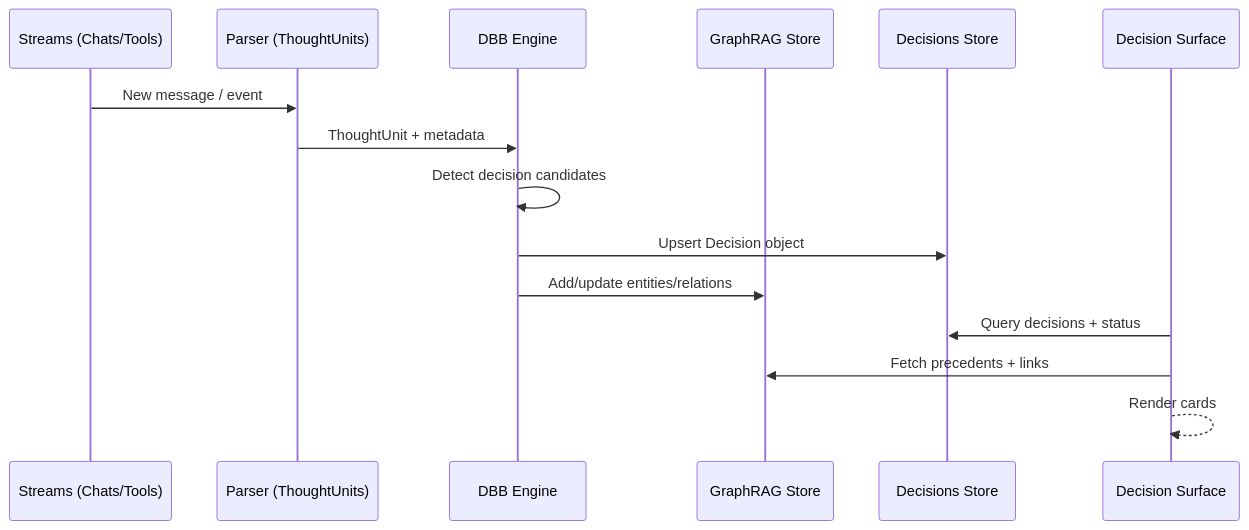
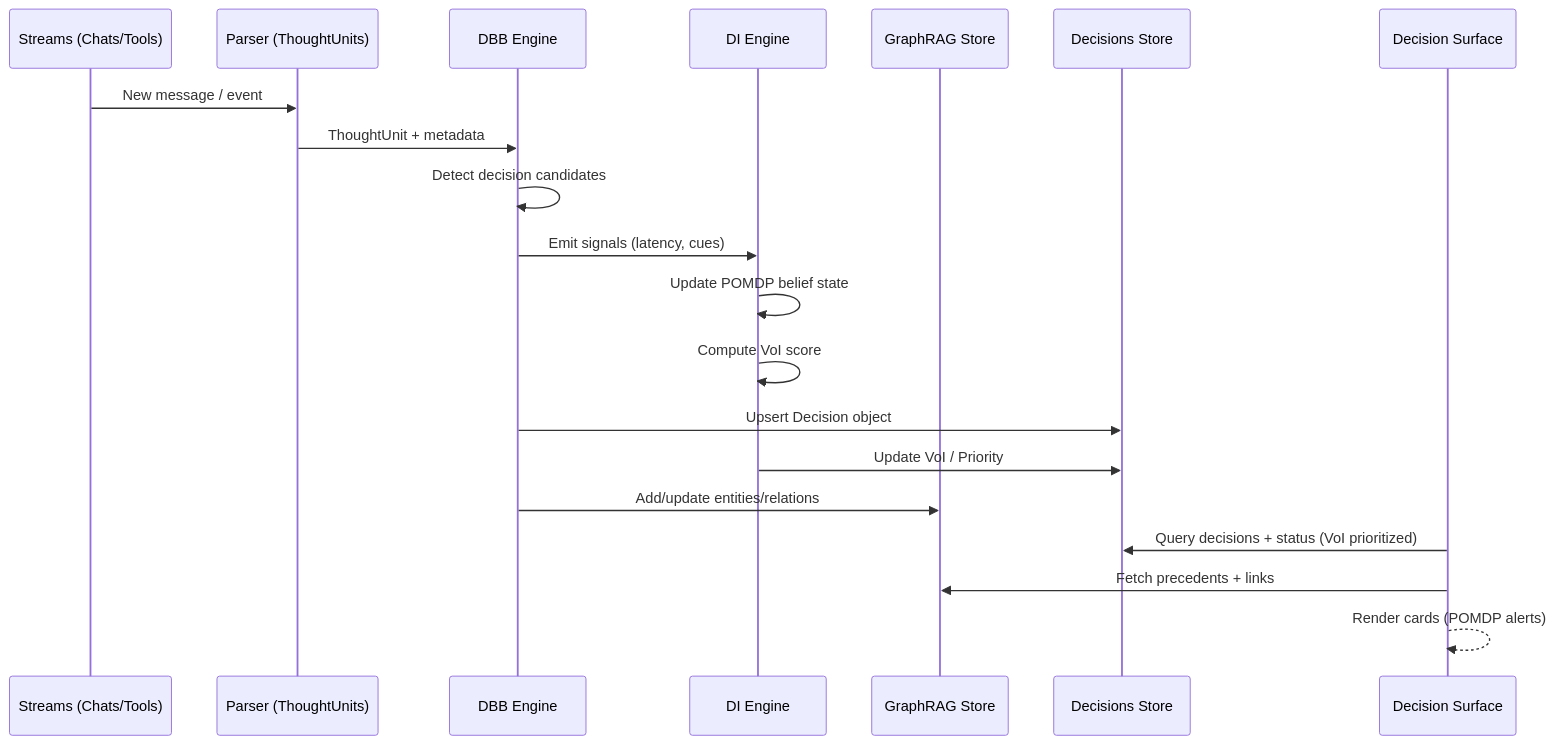
Before and after one commit to actiquest-dev/documentation: the fourth of 6 diagrams in membria-ce/diagrams.mdx, drawn with Mermaid. The commit also changed other lines of this file and 25 other files, not shown here.

Commit message:
Add Claude Code integration, Superagent architecture, and updated Vibe Coding overview

````diff
--- a/membria-ce/diagrams.mdx
+++ b/membria-ce/diagrams.mdx
@@ -80,18 +82,23 @@
 ```mermaid
 sequenceDiagram
   participant S as Streams (Chats/Tools)
   participant P as Parser (ThoughtUnits)
   participant B as DBB Engine
+  participant DI as DI Engine
   participant G as GraphRAG Store
   participant D as Decisions Store
   participant DS as Decision Surface
 
   S->>P: New message / event
   P->>B: ThoughtUnit + metadata
   B->>B: Detect decision candidates
+  B->>DI: Emit signals (latency, cues)
+  DI->>DI: Update POMDP belief state
+  DI->>DI: Compute VoI score
   B->>D: Upsert Decision object
+  DI->>D: Update VoI / Priority
   B->>G: Add/update entities/relations
-  DS->>D: Query decisions + status
+  DS->>D: Query decisions + status (VoI prioritized)
   DS->>G: Fetch precedents + links
-  DS-->>DS: Render cards
+  DS-->>DS: Render cards (POMDP alerts)
 ```
````
